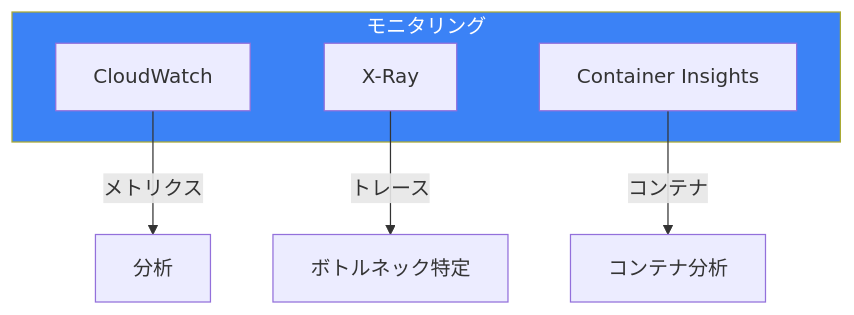
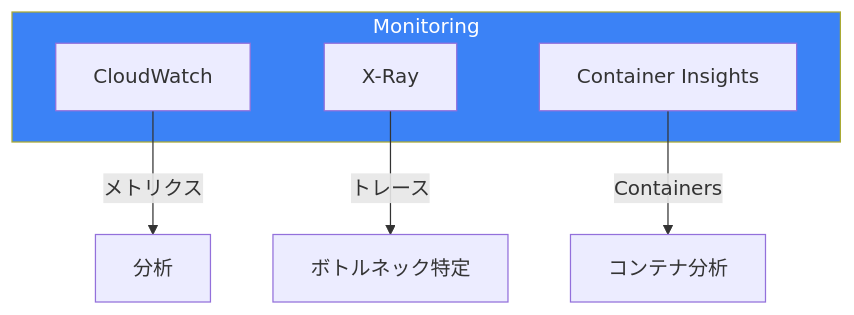
One commit to shunkus/shunku.net changed the tenth of 12 diagrams in content/blog/ja/aws-performance-architecture.md. Above: the diagram before and after it, drawn with Mermaid. The commit also changed other lines of this file and 56 other files, not shown here.

````diff
--- a/content/blog/ja/aws-performance-architecture.md
+++ b/content/blog/ja/aws-performance-architecture.md
@@ -261,14 +261,14 @@
 ```mermaid
 flowchart TB
-    subgraph Monitoring["モニタリング"]
+    subgraph Monitoring["Monitoring"]
         CW["CloudWatch"]
         XRay["X-Ray"]
         Insights["Container Insights"]
     end
 
     CW --> |"メトリクス"| Analysis["分析"]
     XRay --> |"トレース"| Bottleneck["ボトルネック特定"]
-    Insights --> |"コンテナ"| Container["コンテナ分析"]
+    Insights --> |"Containers"| Container["コンテナ分析"]
 
     style Monitoring fill:#3b82f6,color:#fff
 ```
````
